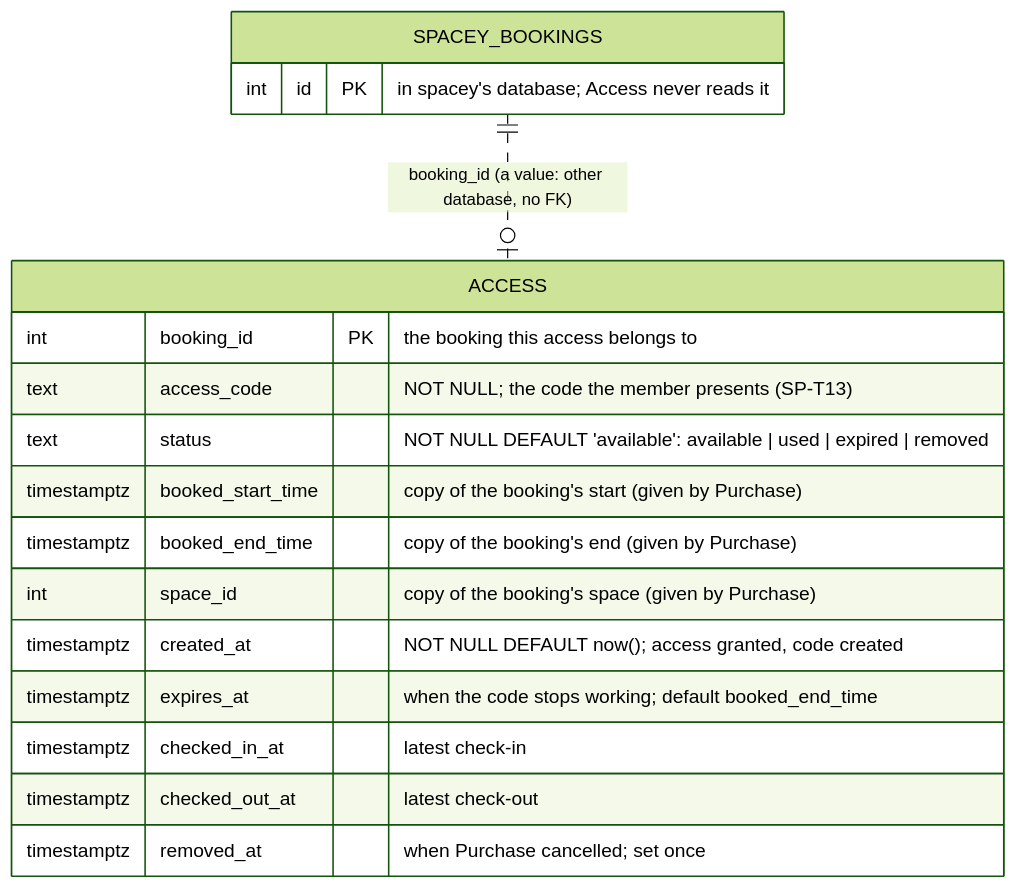
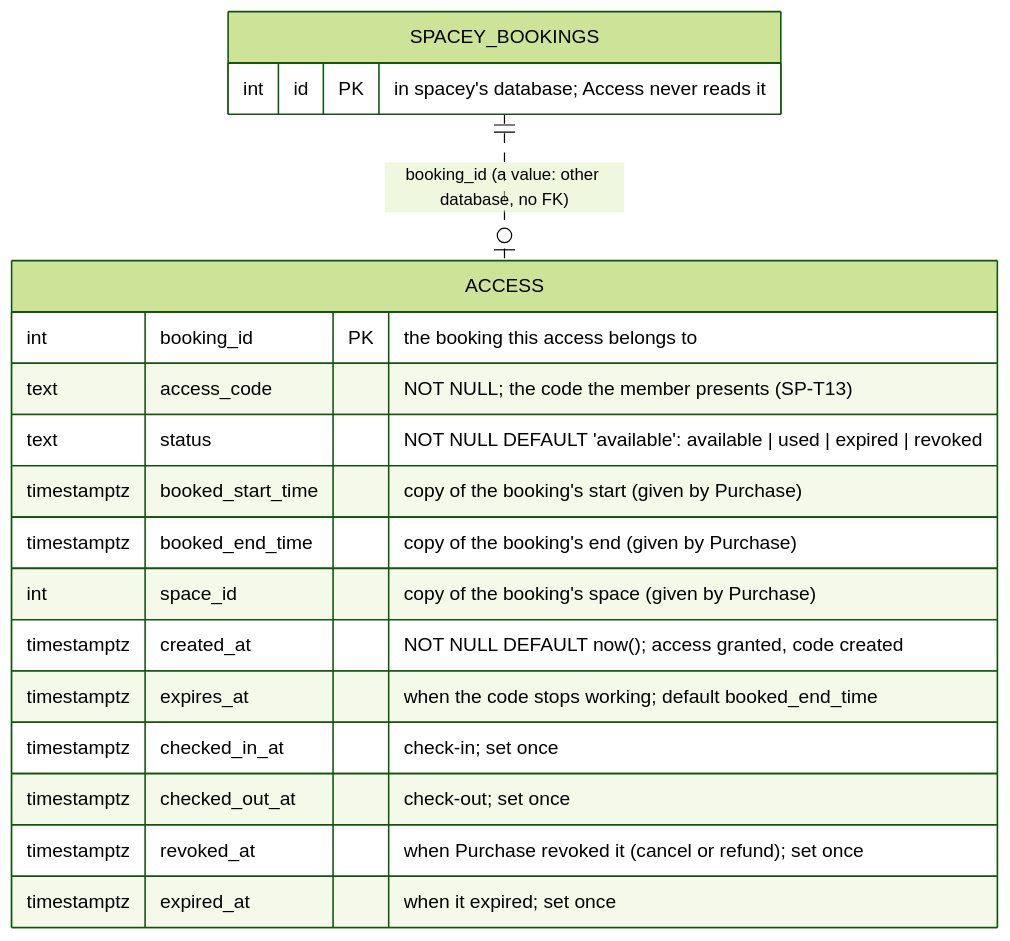
One commit to cs403bkk-2026/spacey-access changed the first of 2 diagrams in docs/database.md. Above: the diagram before and after it, drawn with Mermaid (forest theme). The commit also changed other lines of this file and 24 other files, not shown here.

````diff
--- a/docs/database.md
+++ b/docs/database.md
@@ -8,21 +11,22 @@
 ```mermaid
 erDiagram
     SPACEY_BOOKINGS ||..o| ACCESS : "booking_id (a value: other database, no FK)"
 
     SPACEY_BOOKINGS {
         int id PK "in spacey's database; Access never reads it"
     }
     ACCESS {
         int booking_id PK "the booking this access belongs to"
         text access_code "NOT NULL; the code the member presents (SP-T13)"
-        text status "NOT NULL DEFAULT 'available': available | used | expired | removed"
+        text status "NOT NULL DEFAULT 'available': available | used | expired | revoked"
         timestamptz booked_start_time "copy of the booking's start (given by Purchase)"
         timestamptz booked_end_time "copy of the booking's end (given by Purchase)"
         int space_id "copy of the booking's space (given by Purchase)"
         timestamptz created_at "NOT NULL DEFAULT now(); access granted, code created"
         timestamptz expires_at "when the code stops working; default booked_end_time"
-        timestamptz checked_in_at "latest check-in"
-        timestamptz checked_out_at "latest check-out"
-        timestamptz removed_at "when Purchase cancelled; set once"
+        timestamptz checked_in_at "check-in; set once"
+        timestamptz checked_out_at "check-out; set once"
+        timestamptz revoked_at "when Purchase revoked it (cancel or refund); set once"
+        timestamptz expired_at "when it expired; set once"
     }
 ```
````
